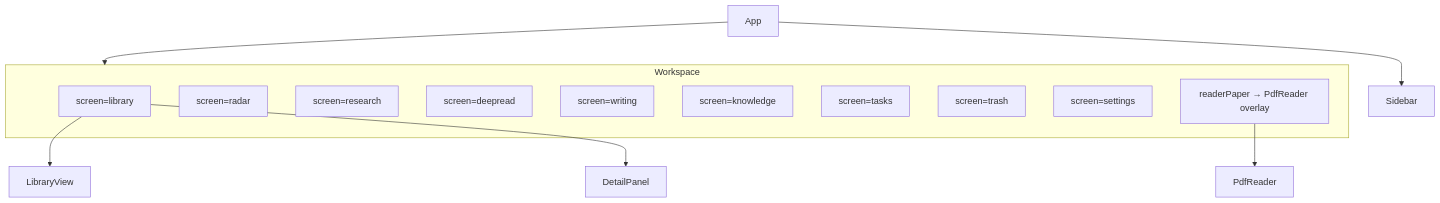
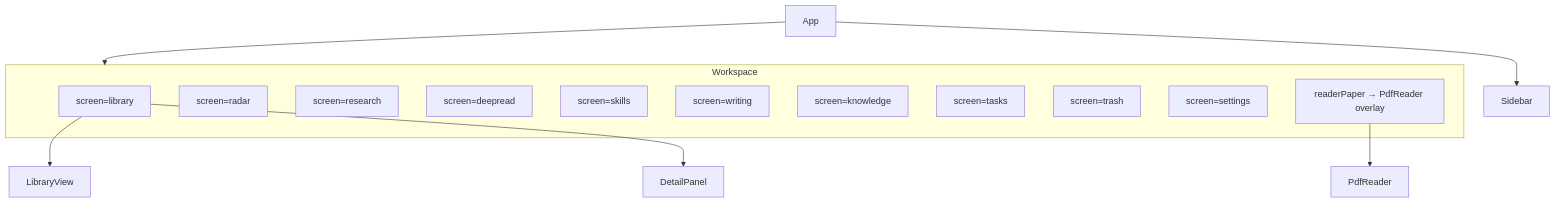
Before and after one commit to naipings/PaperNest: the eighth of 8 diagrams in docs/DEVELOPMENT.md, drawn with Mermaid. The commit also changed other lines of this file and 4 other files, not shown here.

````diff
--- a/docs/DEVELOPMENT.md
+++ b/docs/DEVELOPMENT.md
@@ -419,22 +426,23 @@
 ```mermaid
 flowchart TB
   App --> Sidebar
   App --> Workspace
 
   subgraph Workspace
     Library["screen=library"]
     Radar["screen=radar"]
     Research["screen=research"]
     DeepRead["screen=deepread"]
+    Skills["screen=skills"]
     Writing["screen=writing"]
     Knowledge["screen=knowledge"]
     Tasks["screen=tasks"]
     Trash["screen=trash"]
     Settings["screen=settings"]
     ReaderOverlay["readerPaper → PdfReader overlay"]
   end
 
   Library --> LibraryView
   Library --> DetailPanel
   ReaderOverlay --> PdfReader
 ```
````
